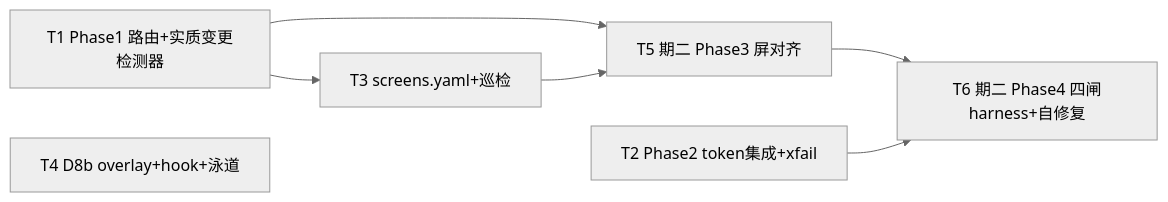
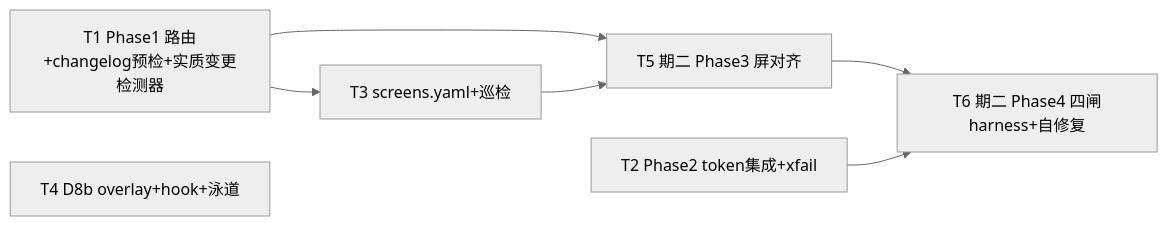
Before and after one commit to cr1992/DayZ: the diagram in specs/active/design-sync-automation/tasks.md, drawn with Mermaid (neutral theme). The commit also changed other lines of this file and 10 other files, not shown here.

````diff
--- a/specs/active/design-sync-automation/tasks.md
+++ b/specs/active/design-sync-automation/tasks.md
@@ -13,10 +13,10 @@
 ```mermaid
 graph LR
-  T1[T1 Phase1 路由+实质变更检测器] --> T3[T3 screens.yaml+巡检]
+  T1[T1 Phase1 路由+changelog预检+实质变更检测器] --> T3[T3 screens.yaml+巡检]
   T2[T2 Phase2 token集成+xfail]
   T4[T4 D8b overlay+hook+泳道]
   T1 --> T5[T5 期二 Phase3 屏对齐]
   T3 --> T5
   T5 --> T6[T6 期二 Phase4 四闸harness+自修复]
   T2 --> T6
 ```
````
